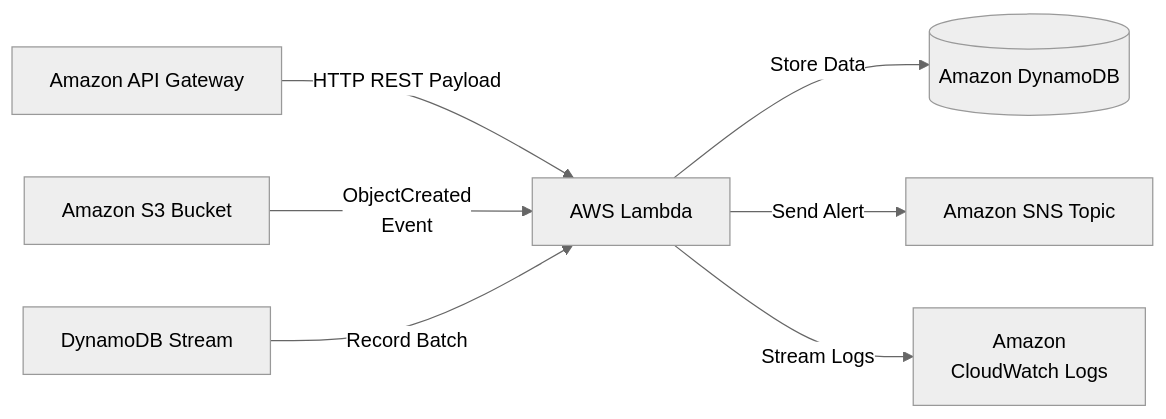
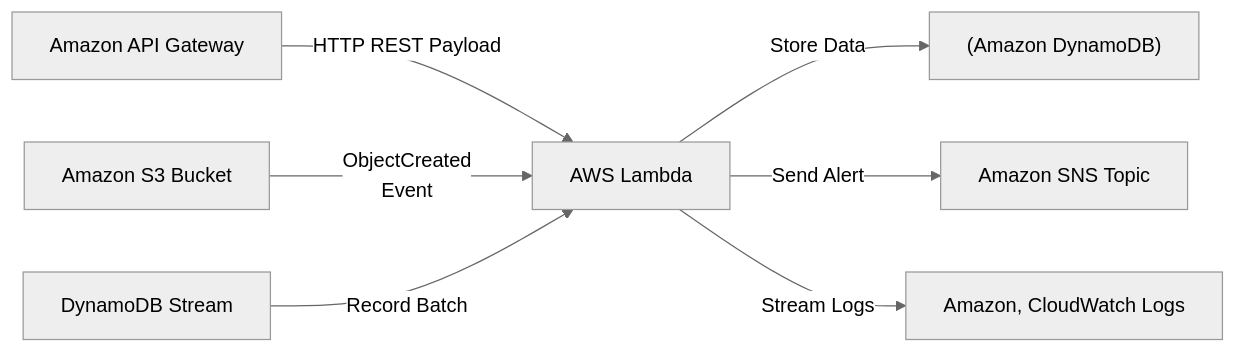
One commit to DeeptiShuklaProject/Uday_AWS changed the third of 4 diagrams in Chapter_08_AWS_Lambda.md. Above: the diagram before and after it, drawn with Mermaid (neutral theme). The commit also changed 34 other files, not shown here.

Commit message:
Fix mermaid diagrams syntax across all chapters (quote labels and remove HTML)

````diff
--- a/Chapter_08_AWS_Lambda.md
+++ b/Chapter_08_AWS_Lambda.md
@@ -337,9 +337,9 @@
 ```mermaid
 flowchart LR
     APIGW[Amazon API Gateway] -->|HTTP REST Payload| Lambda[AWS Lambda]
     S3[Amazon S3 Bucket] -->|ObjectCreated<br>Event| Lambda
     DynamoDB[DynamoDB Stream] -->|Record Batch| Lambda
-    Lambda -->|Store Data| DynamoDBTable[(Amazon DynamoDB)]
+    Lambda -->|Store Data| DynamoDBTable["(Amazon DynamoDB)"]
     Lambda -->|Send Alert| SNS[Amazon SNS Topic]
-    Lambda -->|Stream Logs| CloudWatch[Amazon<br>CloudWatch Logs]
+    Lambda -->|Stream Logs| CloudWatch["Amazon, CloudWatch Logs"]
 ```
````
